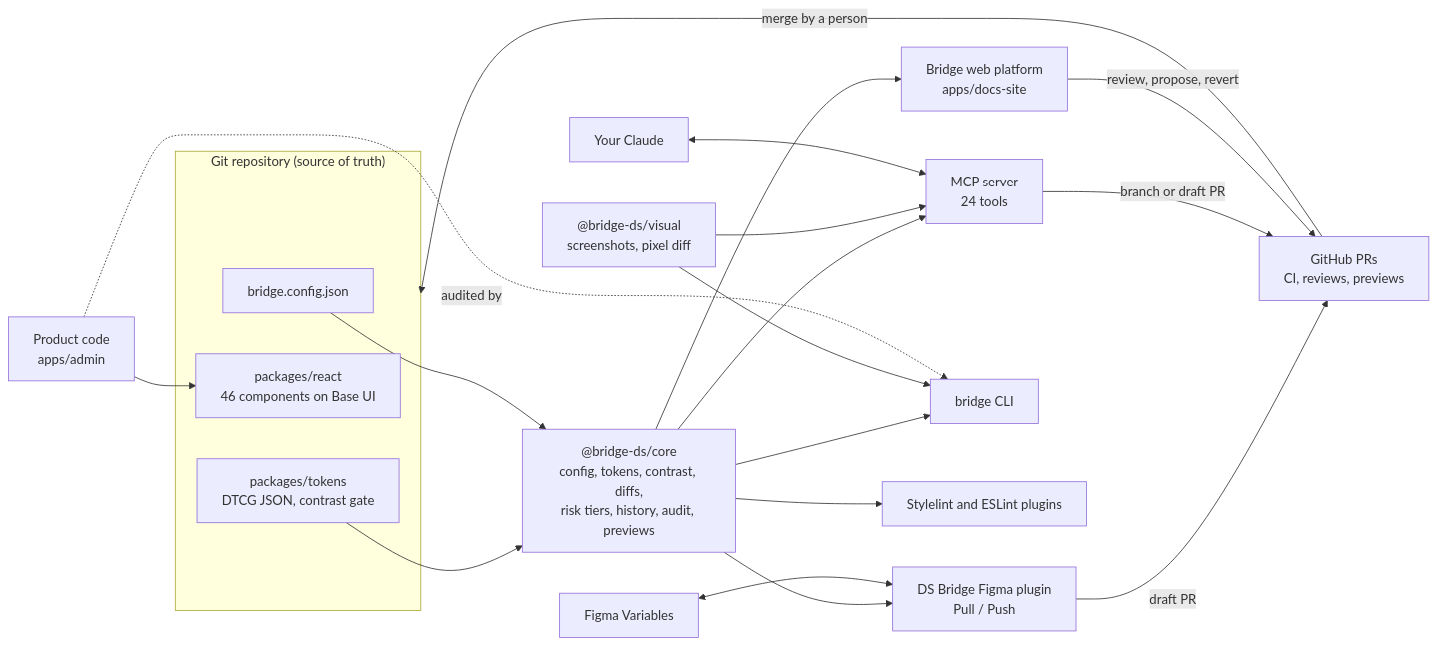
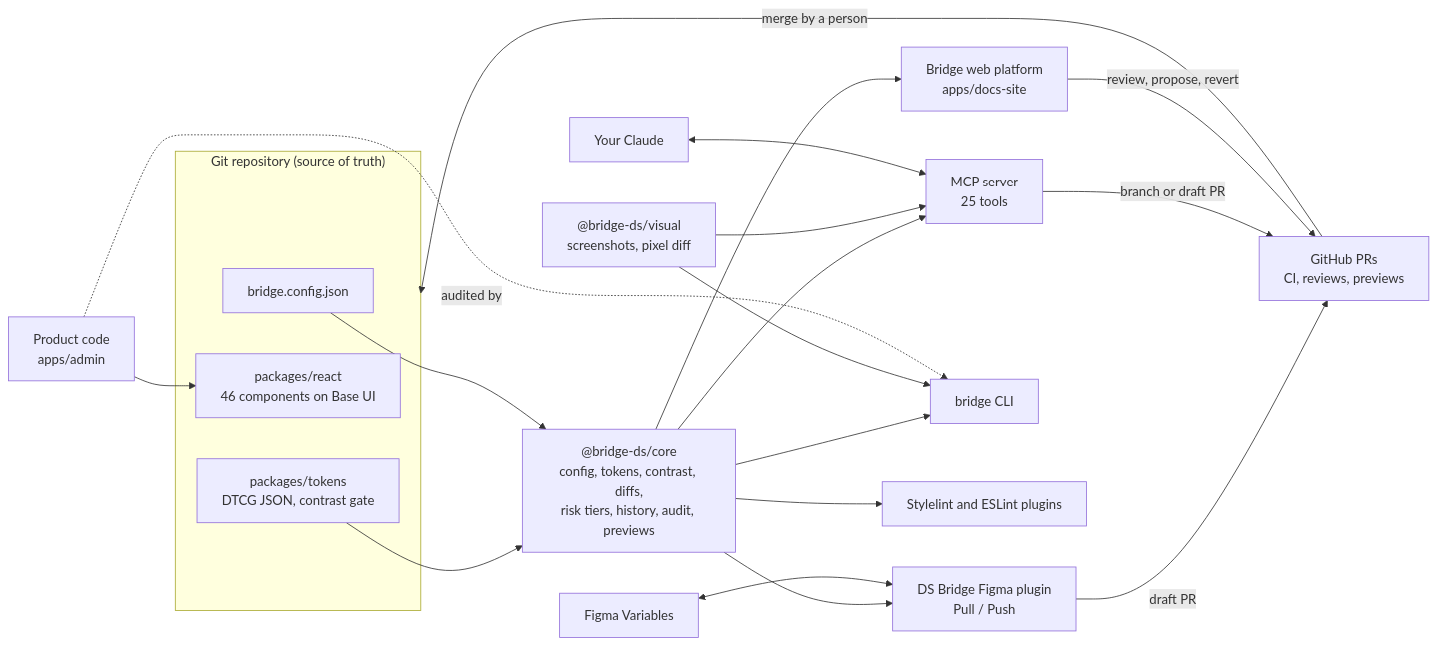
One commit to peterbono/ai-design-system-demo changed the diagram in README.md. Above: the diagram before and after it, drawn with Mermaid. The commit also changed other lines of this file and 8 other files, not shown here.

````diff
--- a/README.md
+++ b/README.md
@@ -108,31 +108,31 @@
 ```mermaid
 flowchart LR
   subgraph repo["Git repository (source of truth)"]
     tokens["packages/tokens<br/>DTCG JSON, contrast gate"]
     react["packages/react<br/>46 components on Base UI"]
     config["bridge.config.json"]
   end
 
   core["@bridge-ds/core<br/>config, tokens, contrast, diffs,<br/>risk tiers, history, audit, previews"]
 
   tokens --> core
   config --> core
 
   core --> docs["Bridge web platform<br/>apps/docs-site"]
   core --> plugin["DS Bridge Figma plugin<br/>Pull / Push"]
-  core --> mcp["MCP server<br/>24 tools"]
+  core --> mcp["MCP server<br/>25 tools"]
   core --> cli["bridge CLI"]
   core --> lint["Stylelint and ESLint plugins"]
   visual["@bridge-ds/visual<br/>screenshots, pixel diff"] --> cli
   visual --> mcp
 
   claude["Your Claude"] <--> mcp
   figma["Figma Variables"] <--> plugin
   product["Product code<br/>apps/admin"] --> react
   product -. audited by .-> cli
 
   plugin -- draft PR --> gh["GitHub PRs<br/>CI, reviews, previews"]
   mcp -- branch or draft PR --> gh
   docs -- review, propose, revert --> gh
   gh -- merge by a person --> repo
 ```
````
